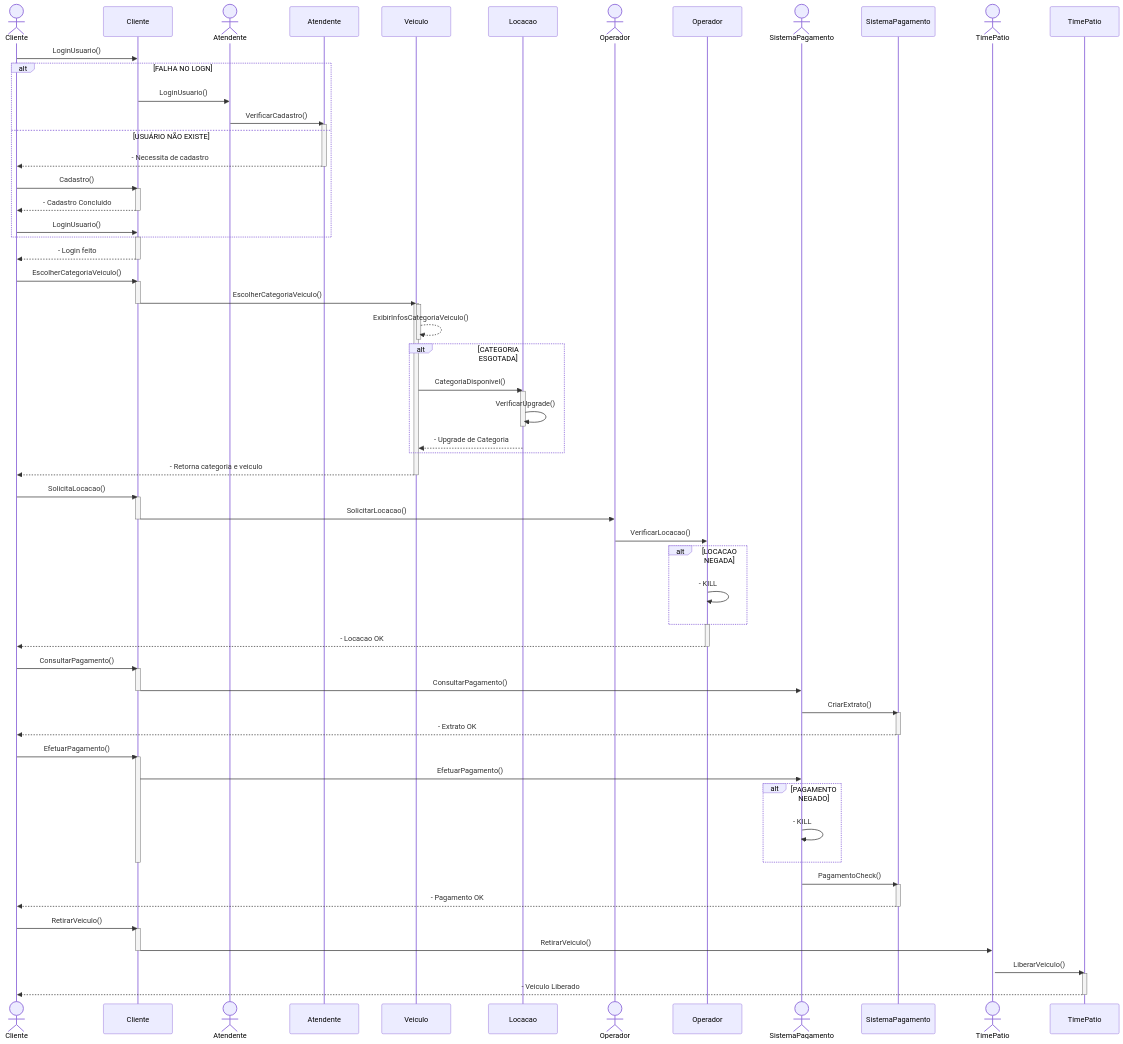
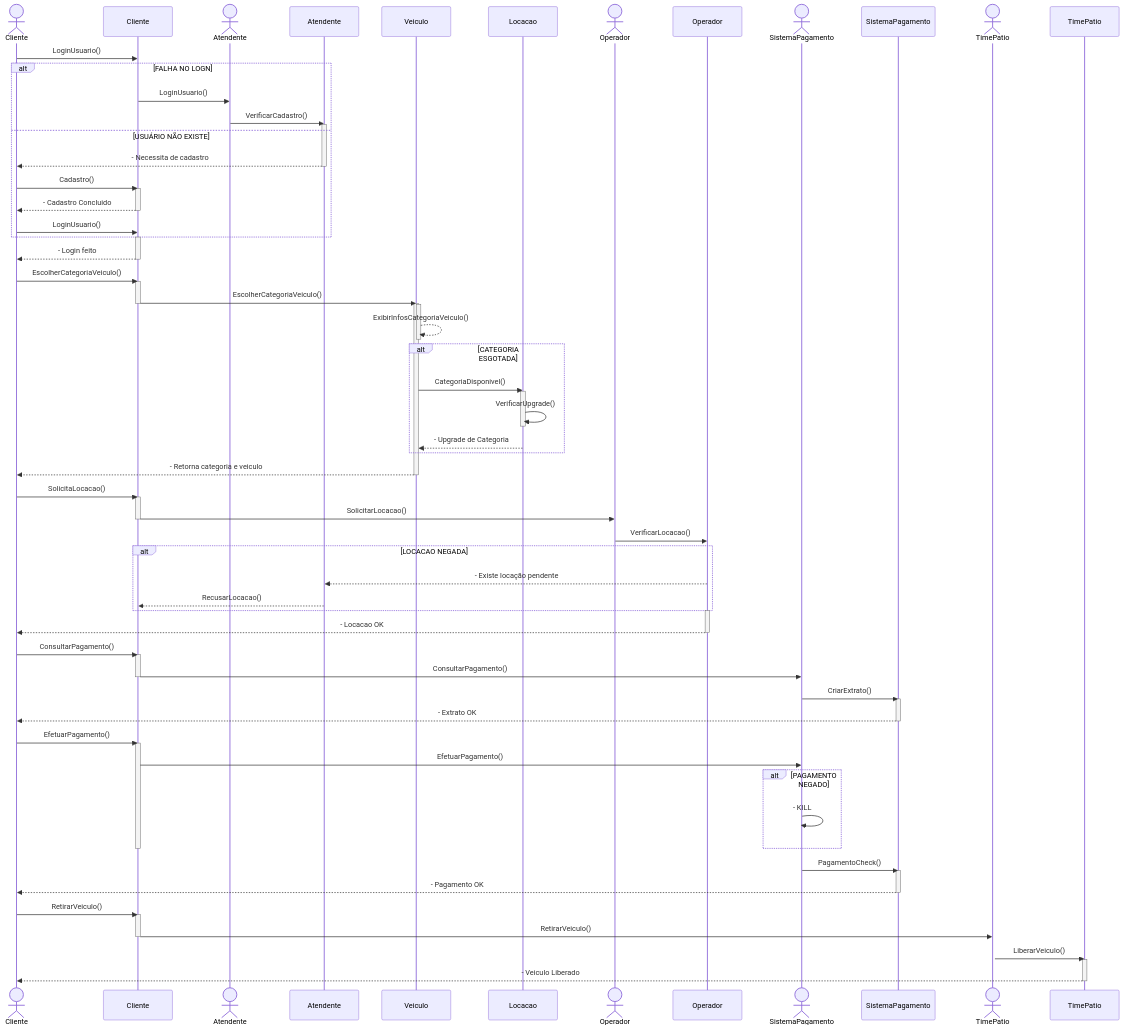
Before and after one commit to BrunoBassoo/LocadoraDeVeiculos: the second of 2 diagrams in README.md, drawn with Mermaid. The commit also changed other lines of this file, not shown here.

````diff
--- a/README.md
+++ b/README.md
@@ -263,7 +264,8 @@
     Operador->>O: VerificarLocacao()
     %% Fluxo secundario LOCACAO NEGADA
     alt LOCACAO NEGADA
-        O->>O: - KILL
+        O-->>A: - Existe locação pendente
+        A-->>C: RecusarLocacao() 
     end
     activate O
     O-->>Cliente: - Locacao OK
@@ -310,5 +312,4 @@
     TP-->>Cliente: - Veiculo Liberado
     deactivate TP
 
-      
 ```
````
